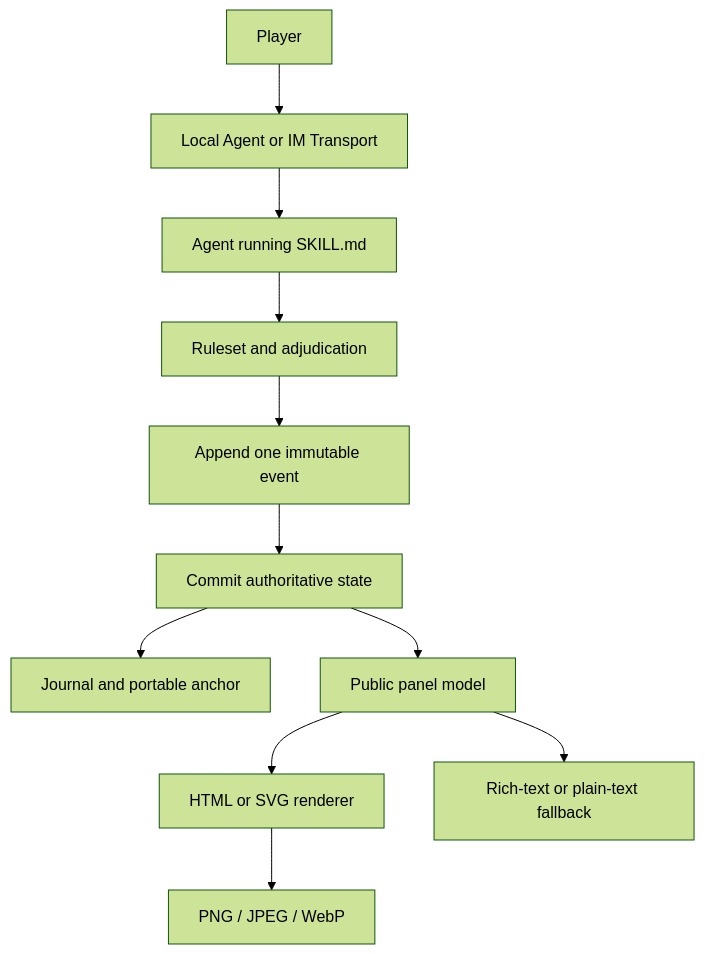
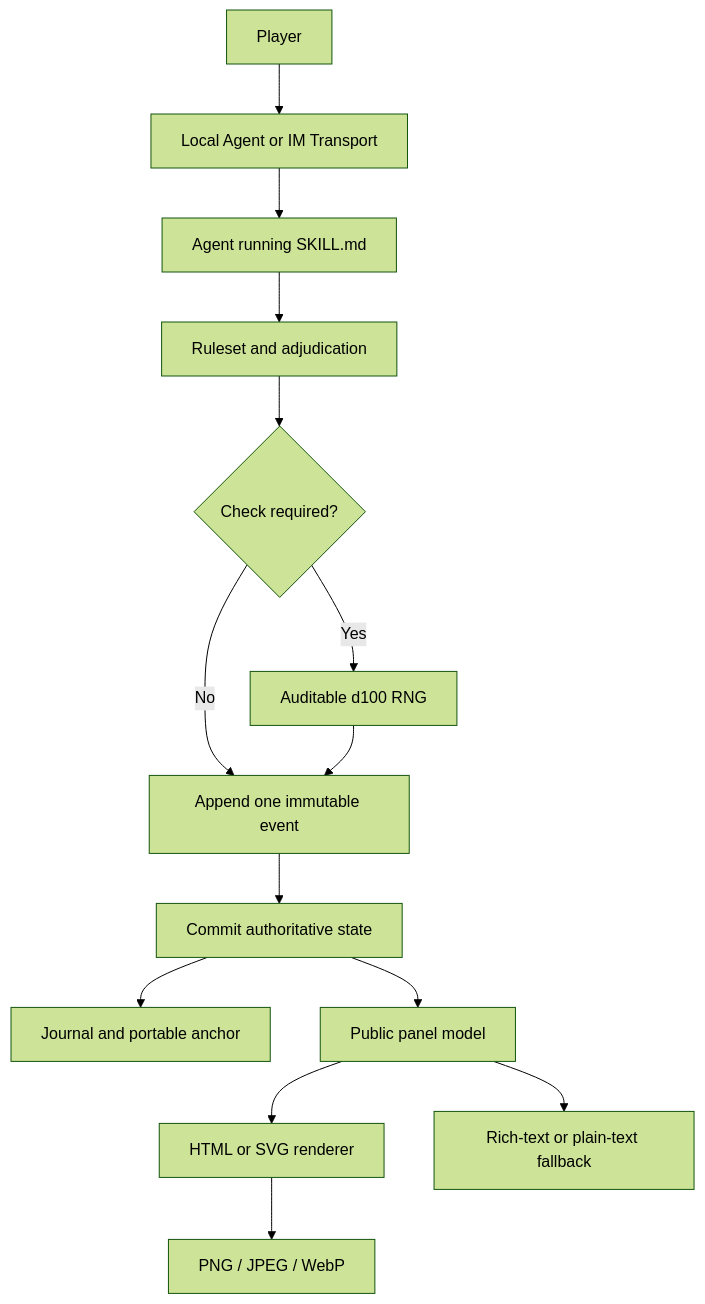
Before and after one commit to zyfayes/lotm-text-game-skill: the diagram in README.md, drawn with Mermaid (forest theme). The commit also changed other lines of this file and 10 other files, not shown here.

````diff
--- a/README.md
+++ b/README.md
@@ -50,13 +53,16 @@
 ```mermaid
 flowchart TD
     U[Player] --> T[Local Agent or IM Transport]
     T --> A[Agent running SKILL.md]
     A --> R[Ruleset and adjudication]
-    R --> E[Append one immutable event]
+    R --> D{Check required?}
+    D -->|Yes| G[Auditable d100 RNG]
+    D -->|No| E[Append one immutable event]
+    G --> E
     E --> S[Commit authoritative state]
     S --> J[Journal and portable anchor]
     S --> P[Public panel model]
     P --> H[HTML or SVG renderer]
     H --> I[PNG / JPEG / WebP]
     P --> F[Rich-text or plain-text fallback]
 ```
````
